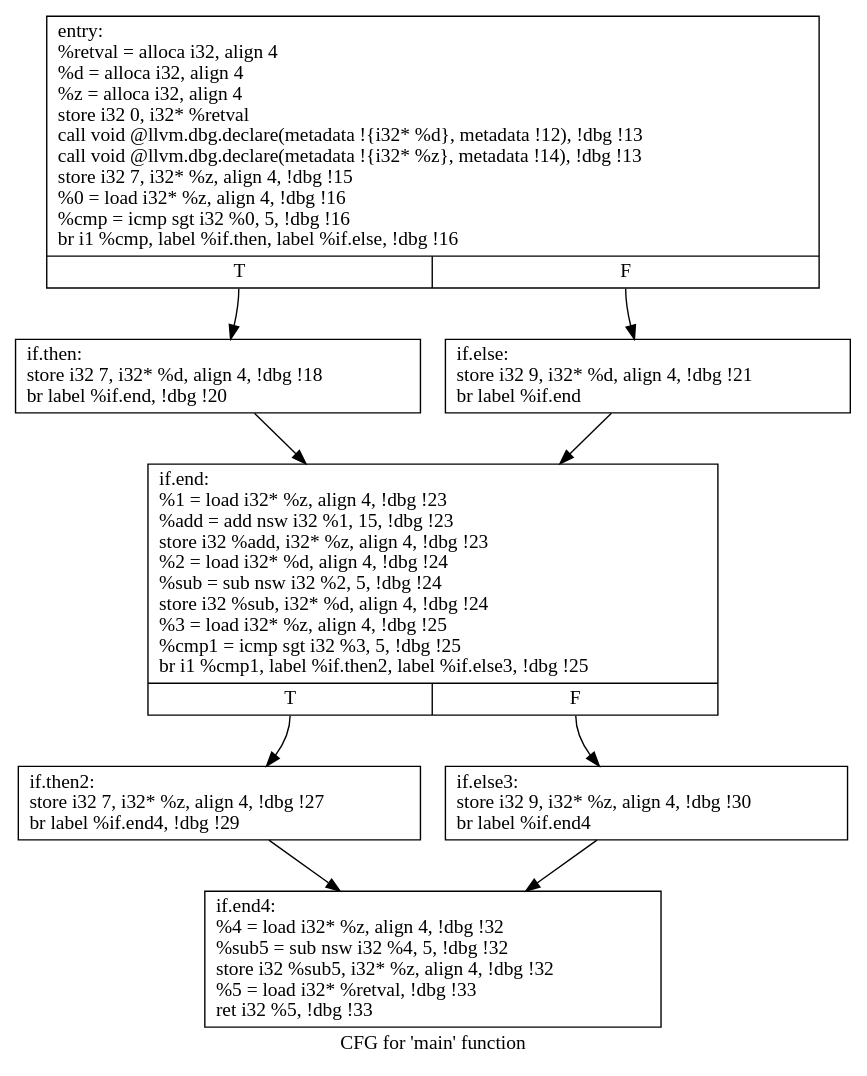
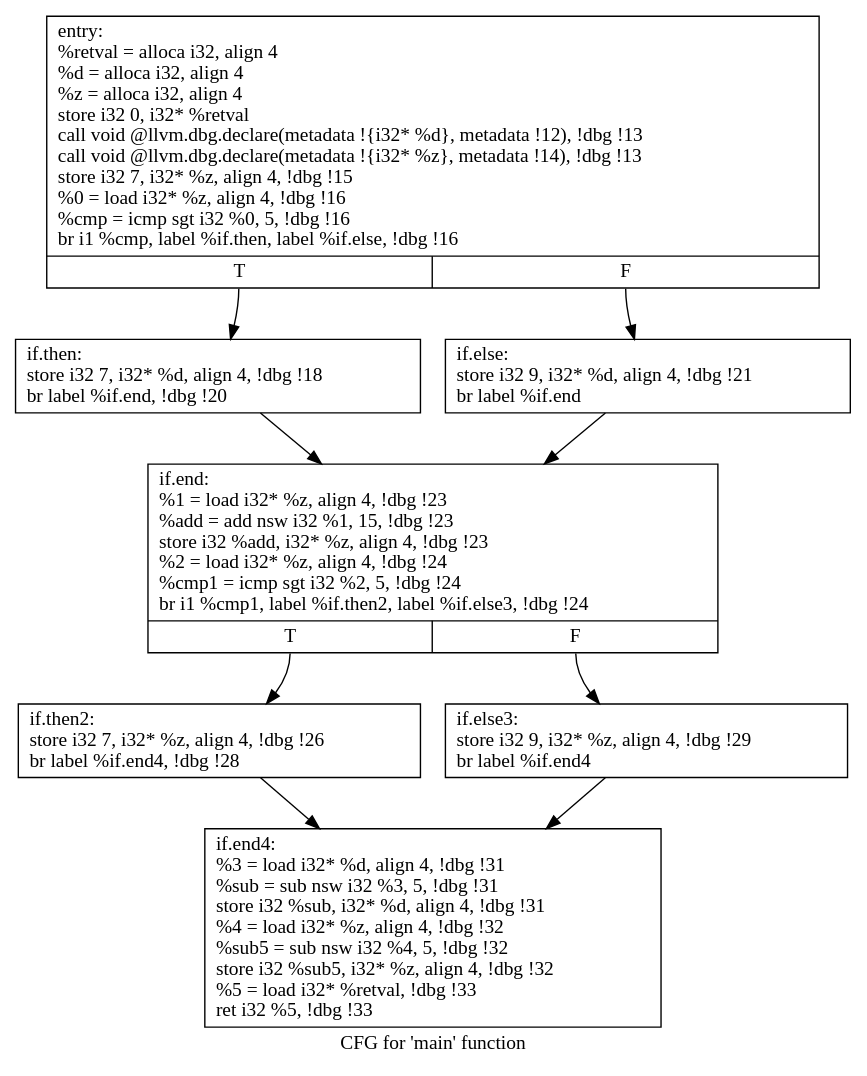
The diagram in Work/Pass/Part 3/cfg.main.dot (ddr2108/CS6241-Array_Bounding), drawn with Graphviz before and after one commit. The commit also changed 2 other files, not shown here.

```diff
--- a/Work/Pass/Part 3/cfg.main.dot
+++ b/Work/Pass/Part 3/cfg.main.dot
@@ -1,19 +1,19 @@
 digraph "CFG for 'main' function" {
 	label="CFG for 'main' function";
 
-	Node0x280b3e0 [shape=record,label="{entry:\l  %retval = alloca i32, align 4\l  %d = alloca i32, align 4\l  %z = alloca i32, align 4\l  store i32 0, i32* %retval\l  call void @llvm.dbg.declare(metadata !\{i32* %d\}, metadata !12), !dbg !13\l  call void @llvm.dbg.declare(metadata !\{i32* %z\}, metadata !14), !dbg !13\l  store i32 7, i32* %z, align 4, !dbg !15\l  %0 = load i32* %z, align 4, !dbg !16\l  %cmp = icmp sgt i32 %0, 5, !dbg !16\l  br i1 %cmp, label %if.then, label %if.else, !dbg !16\l|{<s0>T|<s1>F}}"];
-	Node0x280b3e0:s0 -> Node0x28067b0;
-	Node0x280b3e0:s1 -> Node0x2806810;
-	Node0x28067b0 [shape=record,label="{if.then:                                          \l  store i32 7, i32* %d, align 4, !dbg !18\l  br label %if.end, !dbg !20\l}"];
-	Node0x28067b0 -> Node0x2806870;
-	Node0x2806810 [shape=record,label="{if.else:                                          \l  store i32 9, i32* %d, align 4, !dbg !21\l  br label %if.end\l}"];
-	Node0x2806810 -> Node0x2806870;
-	Node0x2806870 [shape=record,label="{if.end:                                           \l  %1 = load i32* %z, align 4, !dbg !23\l  %add = add nsw i32 %1, 15, !dbg !23\l  store i32 %add, i32* %z, align 4, !dbg !23\l  %2 = load i32* %d, align 4, !dbg !24\l  %sub = sub nsw i32 %2, 5, !dbg !24\l  store i32 %sub, i32* %d, align 4, !dbg !24\l  %3 = load i32* %z, align 4, !dbg !25\l  %cmp1 = icmp sgt i32 %3, 5, !dbg !25\l  br i1 %cmp1, label %if.then2, label %if.else3, !dbg !25\l|{<s0>T|<s1>F}}"];
-	Node0x2806870:s0 -> Node0x28068d0;
-	Node0x2806870:s1 -> Node0x2806930;
-	Node0x28068d0 [shape=record,label="{if.then2:                                         \l  store i32 7, i32* %z, align 4, !dbg !27\l  br label %if.end4, !dbg !29\l}"];
-	Node0x28068d0 -> Node0x2806990;
-	Node0x2806930 [shape=record,label="{if.else3:                                         \l  store i32 9, i32* %z, align 4, !dbg !30\l  br label %if.end4\l}"];
-	Node0x2806930 -> Node0x2806990;
-	Node0x2806990 [shape=record,label="{if.end4:                                          \l  %4 = load i32* %z, align 4, !dbg !32\l  %sub5 = sub nsw i32 %4, 5, !dbg !32\l  store i32 %sub5, i32* %z, align 4, !dbg !32\l  %5 = load i32* %retval, !dbg !33\l  ret i32 %5, !dbg !33\l}"];
+	Node0x27f63e0 [shape=record,label="{entry:\l  %retval = alloca i32, align 4\l  %d = alloca i32, align 4\l  %z = alloca i32, align 4\l  store i32 0, i32* %retval\l  call void @llvm.dbg.declare(metadata !\{i32* %d\}, metadata !12), !dbg !13\l  call void @llvm.dbg.declare(metadata !\{i32* %z\}, metadata !14), !dbg !13\l  store i32 7, i32* %z, align 4, !dbg !15\l  %0 = load i32* %z, align 4, !dbg !16\l  %cmp = icmp sgt i32 %0, 5, !dbg !16\l  br i1 %cmp, label %if.then, label %if.else, !dbg !16\l|{<s0>T|<s1>F}}"];
+	Node0x27f63e0:s0 -> Node0x27f17b0;
+	Node0x27f63e0:s1 -> Node0x27f1810;
+	Node0x27f17b0 [shape=record,label="{if.then:                                          \l  store i32 7, i32* %d, align 4, !dbg !18\l  br label %if.end, !dbg !20\l}"];
+	Node0x27f17b0 -> Node0x27f1870;
+	Node0x27f1810 [shape=record,label="{if.else:                                          \l  store i32 9, i32* %d, align 4, !dbg !21\l  br label %if.end\l}"];
+	Node0x27f1810 -> Node0x27f1870;
+	Node0x27f1870 [shape=record,label="{if.end:                                           \l  %1 = load i32* %z, align 4, !dbg !23\l  %add = add nsw i32 %1, 15, !dbg !23\l  store i32 %add, i32* %z, align 4, !dbg !23\l  %2 = load i32* %z, align 4, !dbg !24\l  %cmp1 = icmp sgt i32 %2, 5, !dbg !24\l  br i1 %cmp1, label %if.then2, label %if.else3, !dbg !24\l|{<s0>T|<s1>F}}"];
+	Node0x27f1870:s0 -> Node0x27f18d0;
+	Node0x27f1870:s1 -> Node0x27f1930;
+	Node0x27f18d0 [shape=record,label="{if.then2:                                         \l  store i32 7, i32* %z, align 4, !dbg !26\l  br label %if.end4, !dbg !28\l}"];
+	Node0x27f18d0 -> Node0x27f1990;
+	Node0x27f1930 [shape=record,label="{if.else3:                                         \l  store i32 9, i32* %z, align 4, !dbg !29\l  br label %if.end4\l}"];
+	Node0x27f1930 -> Node0x27f1990;
+	Node0x27f1990 [shape=record,label="{if.end4:                                          \l  %3 = load i32* %d, align 4, !dbg !31\l  %sub = sub nsw i32 %3, 5, !dbg !31\l  store i32 %sub, i32* %d, align 4, !dbg !31\l  %4 = load i32* %z, align 4, !dbg !32\l  %sub5 = sub nsw i32 %4, 5, !dbg !32\l  store i32 %sub5, i32* %z, align 4, !dbg !32\l  %5 = load i32* %retval, !dbg !33\l  ret i32 %5, !dbg !33\l}"];
 }
```
